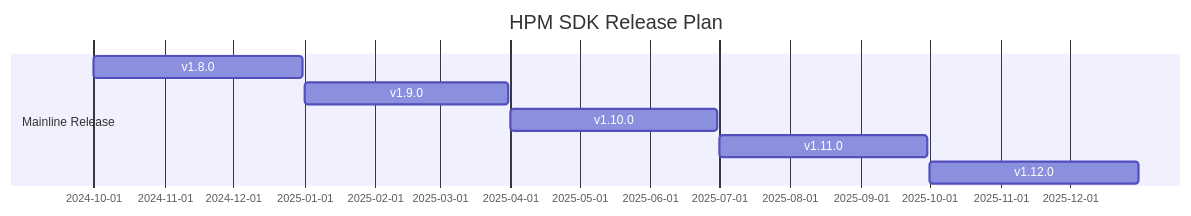
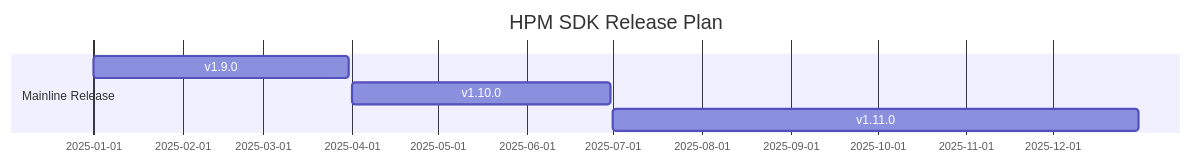
The diagram in hpm_sdk/README_zh.md (hpmicro/sdk_env), drawn with Mermaid before and after one commit. The commit also changed 24771 other files, not shown here.

````diff
--- a/hpm_sdk/README_zh.md
+++ b/hpm_sdk/README_zh.md
@@ -1,11 +1,9 @@
 ``` mermaid
 gantt
     title HPM SDK Release Plan
     dateFormat  YYYY-MM-DD
     section Mainline Release
-    v1.8.0           :a1, 2024-10-01, 2024-12-31
-    v1.9.0           :a2, 2025-01-01, 2025-03-31
-    v1.10.0          :a3, 2025-04-01, 2025-06-30
-    v1.11.0          :a4, 2025-07-01, 2025-09-30
-    v1.12.0          :a5, 2025-10-01, 2025-12-31
+    v1.9.0           :a1, 2025-01-01, 2025-03-31
+    v1.10.0          :a2, 2025-04-01, 2025-06-30
+    v1.11.0          :a3, 2025-07-01, 2025-12-31
 ```
````
